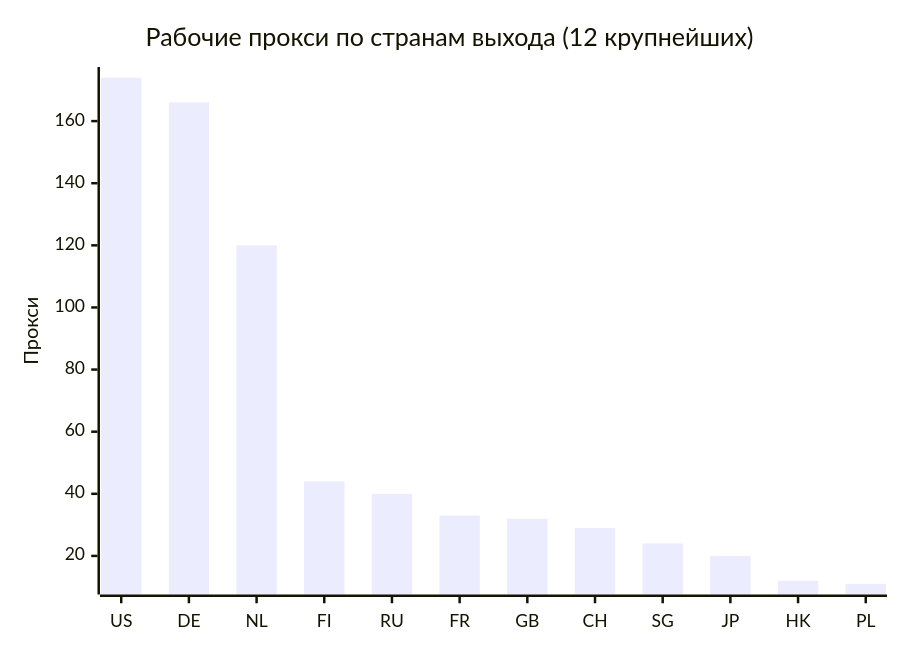
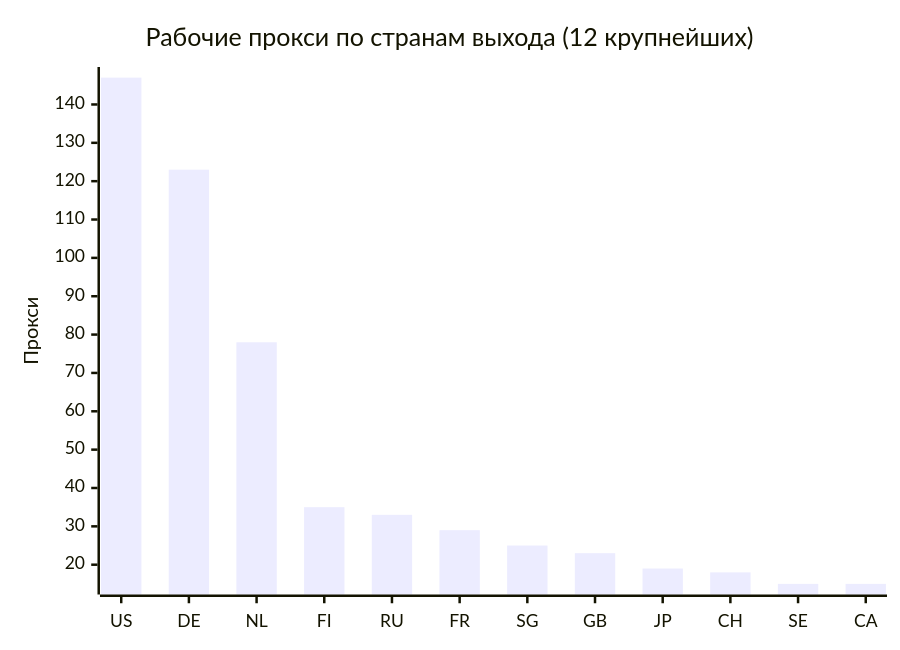
One commit to rvvg/proxy-subs changed the second of 4 diagrams in README.md. Above: the diagram before and after it, drawn with Mermaid. The commit also changed other lines of this file and 50 other files, not shown here.

````diff
--- a/README.md
+++ b/README.md
@@ -132,7 +128,7 @@
 ```mermaid
 xychart-beta
     title "Рабочие прокси по странам выхода (12 крупнейших)"
-    x-axis ["US", "DE", "NL", "FI", "RU", "FR", "GB", "CH", "SG", "JP", "HK", "PL"]
+    x-axis ["US", "DE", "NL", "FI", "RU", "FR", "SG", "GB", "JP", "CH", "SE", "CA"]
     y-axis "Прокси"
-    bar [174, 166, 120, 44, 40, 33, 32, 29, 24, 20, 12, 11]
+    bar [147, 123, 78, 35, 33, 29, 25, 23, 19, 18, 15, 15]
 ```
````
